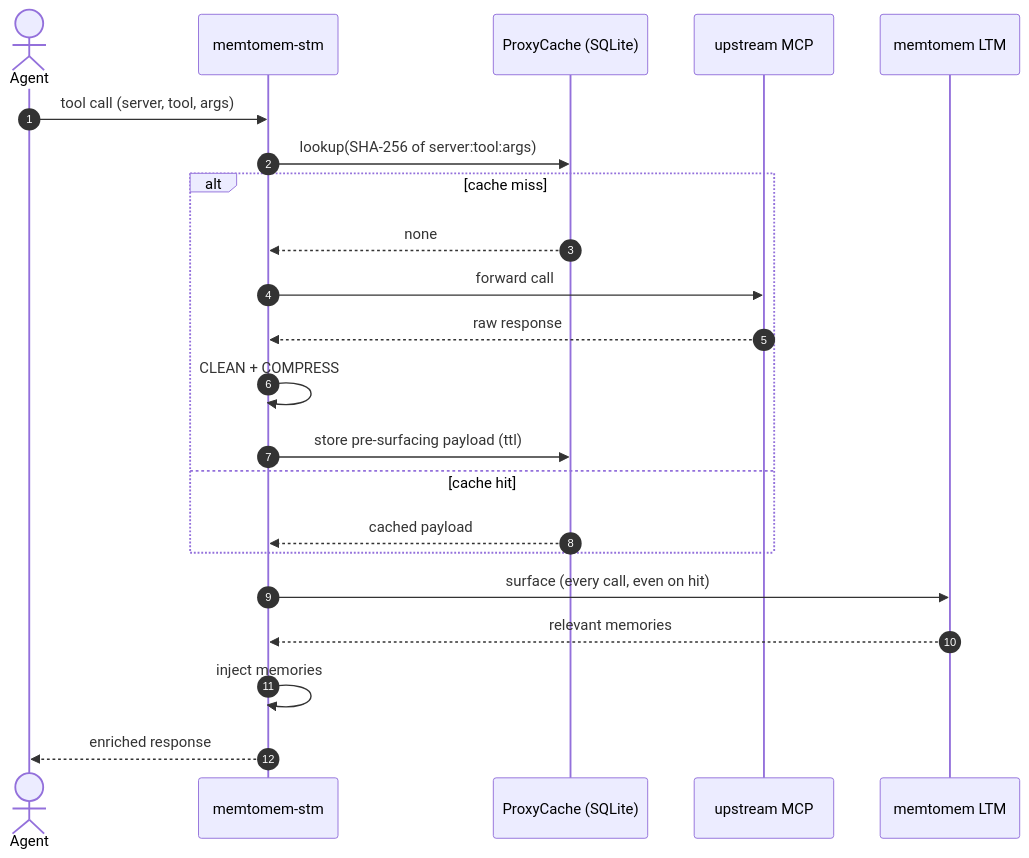
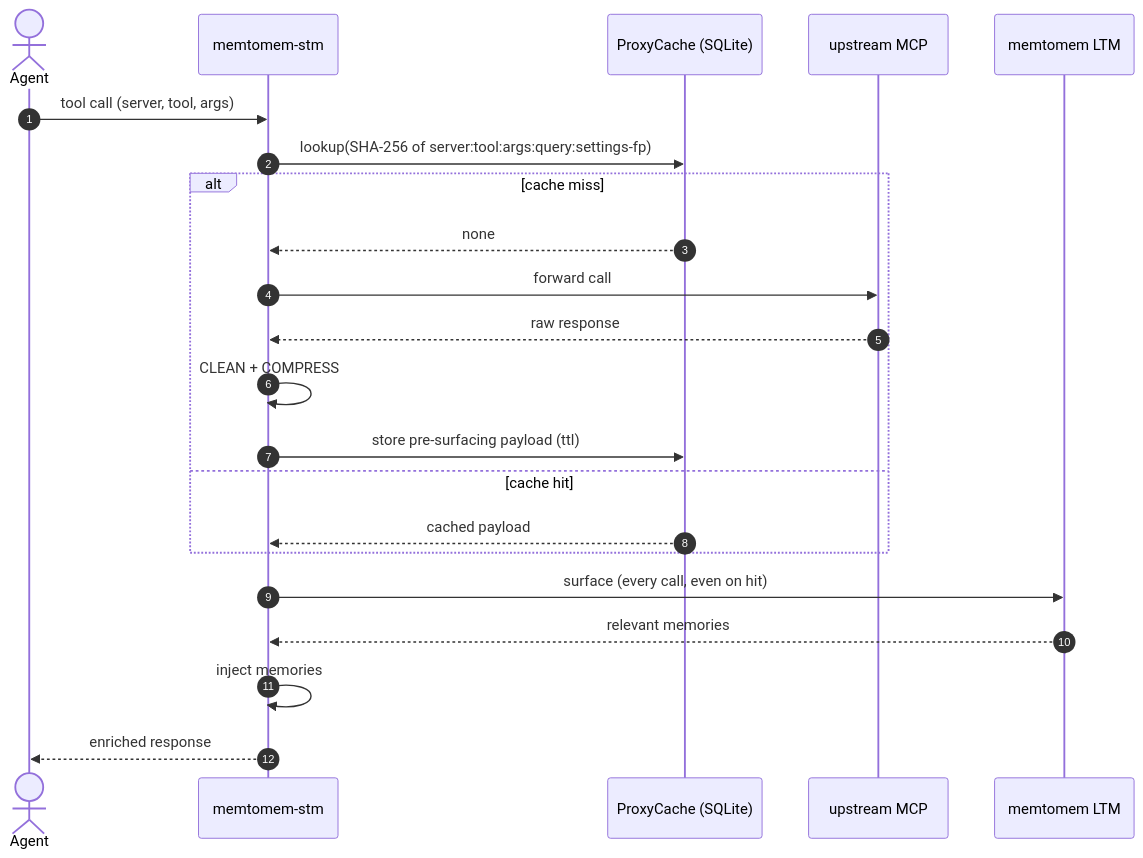
Before and after one commit to memtomem/memtomem-stm: the first of 2 diagrams in docs/caching.md, drawn with Mermaid. The commit also changed other lines of this file and 9 other files, not shown here.

````diff
--- a/docs/caching.md
+++ b/docs/caching.md
@@ -7,25 +7,25 @@
 ```mermaid
 sequenceDiagram
     autonumber
     actor Agent
     participant STM as memtomem-stm
     participant Cache as ProxyCache (SQLite)
     participant Up as upstream MCP
     participant LTM as memtomem LTM
 
     Agent->>STM: tool call (server, tool, args)
-    STM->>Cache: lookup(SHA-256 of server:tool:args)
+    STM->>Cache: lookup(SHA-256 of server:tool:args:query:settings-fp)
     alt cache miss
         Cache-->>STM: none
         STM->>Up: forward call
         Up-->>STM: raw response
         STM->>STM: CLEAN + COMPRESS
         STM->>Cache: store pre-surfacing payload (ttl)
     else cache hit
         Cache-->>STM: cached payload
     end
     STM->>LTM: surface (every call, even on hit)
     LTM-->>STM: relevant memories
     STM->>STM: inject memories
     STM-->>Agent: enriched response
 ```
````
